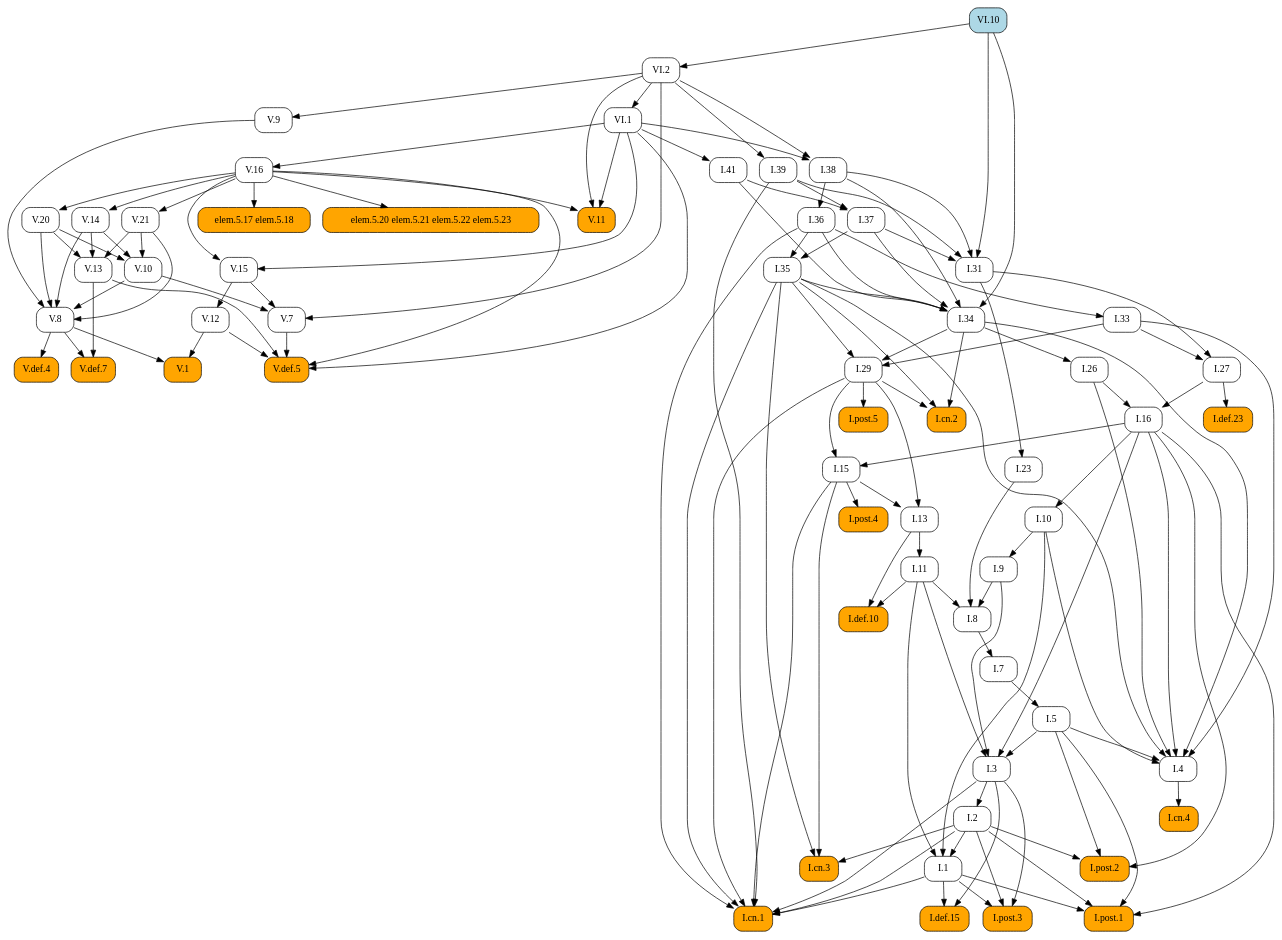
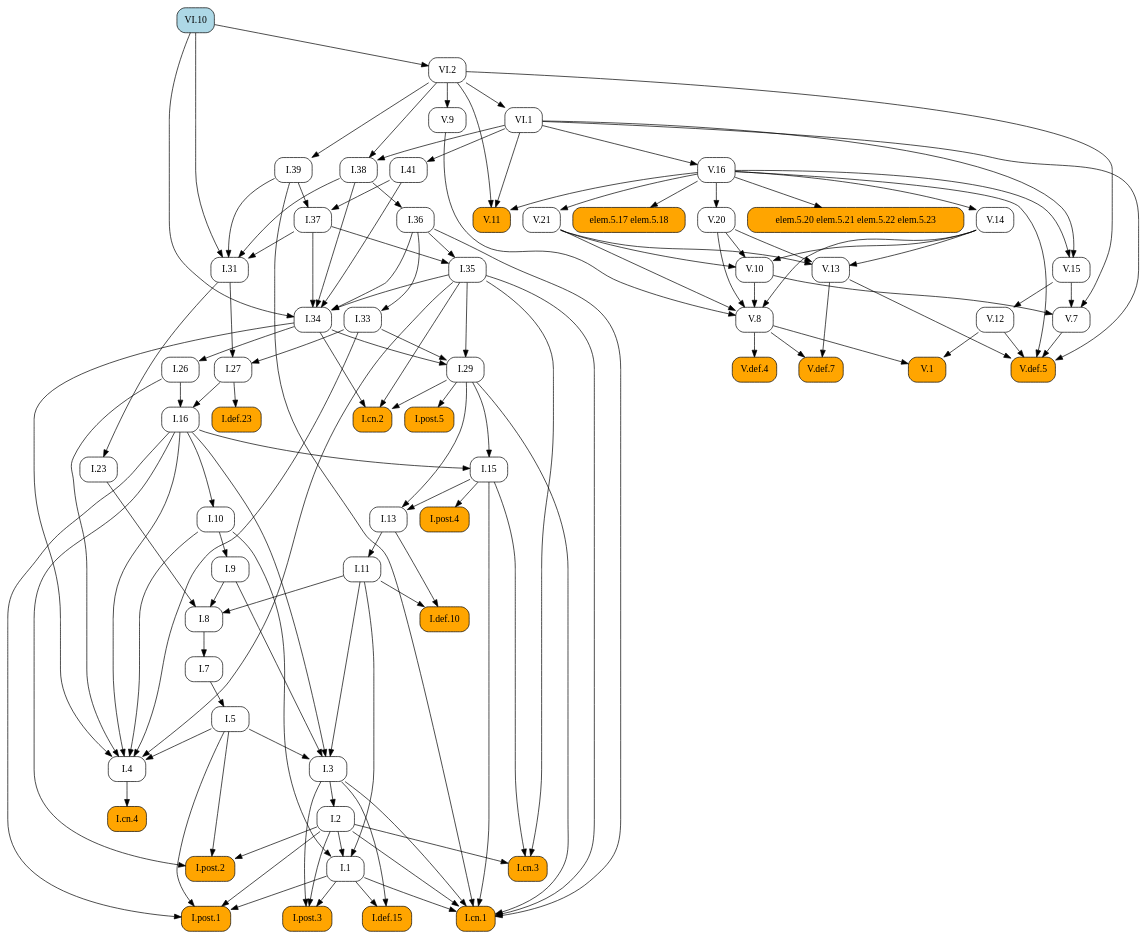
The diagram in docsrc/elements2/VI/10/index.rst (geometor/elements), drawn with Graphviz before and after one commit. The commit also changed other lines of this file and 171 other files, not shown here.

```diff
--- a/docsrc/elements2/VI/10/index.rst
+++ b/docsrc/elements2/VI/10/index.rst
@@ -46,166 +46,136 @@
    digraph {
      rankdir="TB";
      node [shape=box, style=rounded];
-     "I.37" [URL="/elements2/I/37/", target="_top"];
+     "I.8" [URL="/elements2/I/8/", target="_top"];
+     "V.20" [URL="/elements2/V/20/", target="_top"];
+     "VI.10" [style="rounded,filled", fillcolor=lightblue, URL="/elements2/VI/10/", target="_top"];
+     "I.36" [URL="/elements2/I/36/", target="_top"];
+     "V.def.5" [style="rounded,filled", fillcolor=orange, URL="/elements2/V/def.5/", target="_top"];
+     "V.def.7" [style="rounded,filled", fillcolor=orange, URL="/elements2/V/def.7/", target="_top"];
+     "I.post.1" [style="rounded,filled", fillcolor=orange, URL="/elements2/I/post.1/", target="_top"];
+     "V.def.4" [style="rounded,filled", fillcolor=orange, URL="/elements2/V/def.4/", target="_top"];
+     "I.33" [URL="/elements2/I/33/", target="_top"];
+     "I.5" [URL="/elements2/I/5/", target="_top"];
+     "I.38" [URL="/elements2/I/38/", target="_top"];
+     "I.post.5" [style="rounded,filled", fillcolor=orange, URL="/elements2/I/post.5/", target="_top"];
+     "VI.1" [URL="/elements2/VI/1/", target="_top"];
+     "V.11" [style="rounded,filled", fillcolor=orange, URL="/elements2/V/11/", target="_top"];
+     "I.def.10" [style="rounded,filled", fillcolor=orange, URL="/elements2/I/def.10/", target="_top"];
      "elem.5.17 elem.5.18" [style="rounded,filled", fillcolor=orange];
+     "V.13" [URL="/elements2/V/13/", target="_top"];
+     "I.cn.2" [style="rounded,filled", fillcolor=orange, URL="/elements2/I/cn.2/", target="_top"];
+     "V.9" [URL="/elements2/V/9/", target="_top"];
+     "V.16" [URL="/elements2/V/16/", target="_top"];
+     "I.def.15" [style="rounded,filled", fillcolor=orange, URL="/elements2/I/def.15/", target="_top"];
+     "I.31" [URL="/elements2/I/31/", target="_top"];
+     "V.15" [URL="/elements2/V/15/", target="_top"];
+     "I.11" [URL="/elements2/I/11/", target="_top"];
+     "I.3" [URL="/elements2/I/3/", target="_top"];
+     "I.def.23" [style="rounded,filled", fillcolor=orange, URL="/elements2/I/def.23/", target="_top"];
+     "I.post.2" [style="rounded,filled", fillcolor=orange, URL="/elements2/I/post.2/", target="_top"];
+     "I.26" [URL="/elements2/I/26/", target="_top"];
+     "V.14" [URL="/elements2/V/14/", target="_top"];
+     "V.10" [URL="/elements2/V/10/", target="_top"];
+     "I.cn.3" [style="rounded,filled", fillcolor=orange, URL="/elements2/I/cn.3/", target="_top"];
+     "I.cn.4" [style="rounded,filled", fillcolor=orange, URL="/elements2/I/cn.4/", target="_top"];
+     "I.1" [URL="/elements2/I/1/", target="_top"];
+     "I.7" [URL="/elements2/I/7/", target="_top"];
+     "I.9" [URL="/elements2/I/9/", target="_top"];
      "V.7" [URL="/elements2/V/7/", target="_top"];
-     "I.def.10" [style="rounded,filled", fillcolor=orange, URL="/elements2/I/def.10/", target="_top"];
-     "VI.10" [style="rounded,filled", fillcolor=lightblue, URL="/elements2/VI/10/", target="_top"];
-     "I.34" [URL="/elements2/I/34/", target="_top"];
-     "I.cn.4" [style="rounded,filled", fillcolor=orange, URL="/elements2/I/cn.4/", target="_top"];
-     "V.def.5" [style="rounded,filled", fillcolor=orange, URL="/elements2/V/def.5/", target="_top"];
-     "I.def.15" [style="rounded,filled", fillcolor=orange, URL="/elements2/I/def.15/", target="_top"];
-     "I.post.3" [style="rounded,filled", fillcolor=orange, URL="/elements2/I/post.3/", target="_top"];
-     "V.def.7" [style="rounded,filled", fillcolor=orange, URL="/elements2/V/def.7/", target="_top"];
+     "I.cn.1" [style="rounded,filled", fillcolor=orange, URL="/elements2/I/cn.1/", target="_top"];
+     "I.29" [URL="/elements2/I/29/", target="_top"];
+     "I.16" [URL="/elements2/I/16/", target="_top"];
+     "I.post.4" [style="rounded,filled", fillcolor=orange, URL="/elements2/I/post.4/", target="_top"];
+     "I.13" [URL="/elements2/I/13/", target="_top"];
+     "V.1" [style="rounded,filled", fillcolor=orange, URL="/elements2/V/1/", target="_top"];
+     "V.12" [URL="/elements2/V/12/", target="_top"];
      "I.41" [URL="/elements2/I/41/", target="_top"];
-     "I.36" [URL="/elements2/I/36/", target="_top"];
-     "I.27" [URL="/elements2/I/27/", target="_top"];
-     "V.10" [URL="/elements2/V/10/", target="_top"];
-     "I.post.2" [style="rounded,filled", fillcolor=orange, URL="/elements2/I/post.2/", target="_top"];
-     "I.13" [URL="/elements2/I/13/", target="_top"];
-     "I.10" [URL="/elements2/I/10/", target="_top"];
-     "I.post.1" [style="rounded,filled", fillcolor=orange, URL="/elements2/I/post.1/", target="_top"];
-     "I.7" [URL="/elements2/I/7/", target="_top"];
-     "V.15" [URL="/elements2/V/15/", target="_top"];
-     "V.14" [URL="/elements2/V/14/", target="_top"];
-     "I.11" [URL="/elements2/I/11/", target="_top"];
-     "I.4" [URL="/elements2/I/4/", target="_top"];
-     "V.13" [URL="/elements2/V/13/", target="_top"];
-     "V.16" [URL="/elements2/V/16/", target="_top"];
-     "V.1" [style="rounded,filled", fillcolor=orange, URL="/elements2/V/1/", target="_top"];
-     "I.16" [URL="/elements2/I/16/", target="_top"];
-     "I.def.23" [style="rounded,filled", fillcolor=orange, URL="/elements2/I/def.23/", target="_top"];
+     "I.35" [URL="/elements2/I/35/", target="_top"];
      "V.21" [URL="/elements2/V/21/", target="_top"];
      "elem.5.20 elem.5.21 elem.5.22 elem.5.23" [style="rounded,filled", fillcolor=orange];
-     "I.9" [URL="/elements2/I/9/", target="_top"];
-     "I.38" [URL="/elements2/I/38/", target="_top"];
-     "I.cn.2" [style="rounded,filled", fillcolor=orange, URL="/elements2/I/cn.2/", target="_top"];
+     "I.27" [URL="/elements2/I/27/", target="_top"];
+     "I.37" [URL="/elements2/I/37/", target="_top"];
+     "I.2" [URL="/elements2/I/2/", target="_top"];
+     "I.4" [URL="/elements2/I/4/", target="_top"];
+     "V.8" [URL="/elements2/V/8/", target="_top"];
+     "VI.2" [URL="/elements2/VI/2/", target="_top"];
+     "I.39" [URL="/elements2/I/39/", target="_top"];
+     "I.10" [URL="/elements2/I/10/", target="_top"];
+     "I.15" [URL="/elements2/I/15/", target="_top"];
+     "I.34" [URL="/elements2/I/34/", target="_top"];
      "I.23" [URL="/elements2/I/23/", target="_top"];
-     "I.26" [URL="/elements2/I/26/", target="_top"];
-     "I.8" [URL="/elements2/I/8/", target="_top"];
-     "VI.2" [URL="/elements2/VI/2/", target="_top"];
-     "I.15" [URL="/elements2/I/15/", target="_top"];
-     "I.post.5" [style="rounded,filled", fillcolor=orange, URL="/elements2/I/post.5/", target="_top"];
-     "I.2" [URL="/elements2/I/2/", target="_top"];
-     "VI.1" [URL="/elements2/VI/1/", target="_top"];
-     "I.1" [URL="/elements2/I/1/", target="_top"];
-     "I.35" [URL="/elements2/I/35/", target="_top"];
-     "V.def.4" [style="rounded,filled", fillcolor=orange, URL="/elements2/V/def.4/", target="_top"];
-     "V.11" [style="rounded,filled", fillcolor=orange, URL="/elements2/V/11/", target="_top"];
-     "V.12" [URL="/elements2/V/12/", target="_top"];
-     "I.33" [URL="/elements2/I/33/", target="_top"];
-     "I.31" [URL="/elements2/I/31/", target="_top"];
-     "I.post.4" [style="rounded,filled", fillcolor=orange, URL="/elements2/I/post.4/", target="_top"];
-     "I.39" [URL="/elements2/I/39/", target="_top"];
-     "I.cn.1" [style="rounded,filled", fillcolor=orange, URL="/elements2/I/cn.1/", target="_top"];
-     "I.3" [URL="/elements2/I/3/", target="_top"];
-     "I.cn.3" [style="rounded,filled", fillcolor=orange, URL="/elements2/I/cn.3/", target="_top"];
-     "V.9" [URL="/elements2/V/9/", target="_top"];
-     "I.29" [URL="/elements2/I/29/", target="_top"];
-     "I.5" [URL="/elements2/I/5/", target="_top"];
-     "V.8" [URL="/elements2/V/8/", target="_top"];
-     "V.20" [URL="/elements2/V/20/", target="_top"];
-     "I.39" -> "I.37";
-     "I.41" -> "I.37";
-     "V.16" -> "elem.5.17 elem.5.18";
-     "V.10" -> "V.7";
-     "V.15" -> "V.7";
-     "VI.2" -> "V.7";
-     "I.11" -> "I.def.10";
-     "I.13" -> "I.def.10";
-     "I.35" -> "I.34";
-     "I.36" -> "I.34";
-     "I.37" -> "I.34";
-     "I.38" -> "I.34";
-     "I.41" -> "I.34";
-     "VI.10" -> "I.34";
-     "I.4" -> "I.cn.4";
+     "I.post.3" [style="rounded,filled", fillcolor=orange, URL="/elements2/I/post.3/", target="_top"];
+     "I.9" -> "I.8";
+     "I.11" -> "I.8";
+     "I.23" -> "I.8";
+     "V.16" -> "V.20";
+     "I.38" -> "I.36";
      "V.7" -> "V.def.5";
      "V.12" -> "V.def.5";
      "V.13" -> "V.def.5";
      "V.16" -> "V.def.5";
      "VI.1" -> "V.def.5";
-     "I.1" -> "I.def.15";
-     "I.3" -> "I.def.15";
-     "I.1" -> "I.post.3";
-     "I.2" -> "I.post.3";
-     "I.3" -> "I.post.3";
      "V.8" -> "V.def.7";
      "V.13" -> "V.def.7";
-     "VI.1" -> "I.41";
-     "I.38" -> "I.36";
-     "I.31" -> "I.27";
-     "I.33" -> "I.27";
-     "V.14" -> "V.10";
-     "V.20" -> "V.10";
-     "V.21" -> "V.10";
-     "I.2" -> "I.post.2";
-     "I.5" -> "I.post.2";
-     "I.16" -> "I.post.2";
-     "I.15" -> "I.13";
-     "I.29" -> "I.13";
-     "I.16" -> "I.10";
      "I.1" -> "I.post.1";
      "I.2" -> "I.post.1";
      "I.5" -> "I.post.1";
      "I.16" -> "I.post.1";
-     "I.8" -> "I.7";
-     "V.16" -> "V.15";
-     "VI.1" -> "V.15";
-     "V.16" -> "V.14";
-     "I.13" -> "I.11";
-     "I.5" -> "I.4";
-     "I.10" -> "I.4";
-     "I.16" -> "I.4";
-     "I.26" -> "I.4";
-     "I.33" -> "I.4";
-     "I.34" -> "I.4";
-     "I.35" -> "I.4";
+     "V.8" -> "V.def.4";
+     "I.36" -> "I.33";
+     "I.7" -> "I.5";
+     "VI.1" -> "I.38";
+     "VI.2" -> "I.38";
+     "I.29" -> "I.post.5";
+     "VI.2" -> "VI.1";
+     "V.16" -> "V.11";
+     "VI.1" -> "V.11";
+     "VI.2" -> "V.11";
+     "I.11" -> "I.def.10";
+     "I.13" -> "I.def.10";
+     "V.16" -> "elem.5.17 elem.5.18";
      "V.14" -> "V.13";
      "V.20" -> "V.13";
      "V.21" -> "V.13";
-     "VI.1" -> "V.16";
-     "V.8" -> "V.1";
-     "V.12" -> "V.1";
-     "I.26" -> "I.16";
-     "I.27" -> "I.16";
-     "I.27" -> "I.def.23";
-     "V.16" -> "V.21";
-     "V.16" -> "elem.5.20 elem.5.21 elem.5.22 elem.5.23";
-     "I.10" -> "I.9";
-     "VI.1" -> "I.38";
-     "VI.2" -> "I.38";
      "I.29" -> "I.cn.2";
      "I.34" -> "I.cn.2";
      "I.35" -> "I.cn.2";
-     "I.31" -> "I.23";
-     "I.34" -> "I.26";
-     "I.9" -> "I.8";
-     "I.11" -> "I.8";
-     "I.23" -> "I.8";
-     "VI.10" -> "VI.2";
-     "I.16" -> "I.15";
-     "I.29" -> "I.15";
-     "I.29" -> "I.post.5";
-     "I.3" -> "I.2";
-     "VI.2" -> "VI.1";
-     "I.2" -> "I.1";
-     "I.10" -> "I.1";
-     "I.11" -> "I.1";
-     "I.36" -> "I.35";
-     "I.37" -> "I.35";
-     "V.8" -> "V.def.4";
-     "V.16" -> "V.11";
-     "VI.1" -> "V.11";
-     "VI.2" -> "V.11";
-     "V.15" -> "V.12";
-     "I.36" -> "I.33";
+     "VI.2" -> "V.9";
+     "VI.1" -> "V.16";
+     "I.1" -> "I.def.15";
+     "I.3" -> "I.def.15";
      "I.37" -> "I.31";
      "I.38" -> "I.31";
      "I.39" -> "I.31";
      "VI.10" -> "I.31";
-     "I.15" -> "I.post.4";
-     "VI.2" -> "I.39";
+     "V.16" -> "V.15";
+     "VI.1" -> "V.15";
+     "I.13" -> "I.11";
+     "I.5" -> "I.3";
+     "I.9" -> "I.3";
+     "I.11" -> "I.3";
+     "I.16" -> "I.3";
+     "I.27" -> "I.def.23";
+     "I.2" -> "I.post.2";
+     "I.5" -> "I.post.2";
+     "I.16" -> "I.post.2";
+     "I.34" -> "I.26";
+     "V.16" -> "V.14";
+     "V.14" -> "V.10";
+     "V.20" -> "V.10";
+     "V.21" -> "V.10";
+     "I.2" -> "I.cn.3";
+     "I.15" -> "I.cn.3";
+     "I.35" -> "I.cn.3";
+     "I.4" -> "I.cn.4";
+     "I.2" -> "I.1";
+     "I.10" -> "I.1";
+     "I.11" -> "I.1";
+     "I.8" -> "I.7";
+     "I.10" -> "I.9";
+     "V.10" -> "V.7";
+     "V.15" -> "V.7";
+     "VI.2" -> "V.7";
      "I.1" -> "I.cn.1";
      "I.2" -> "I.cn.1";
      "I.3" -> "I.cn.1";
@@ -214,22 +184,52 @@
      "I.35" -> "I.cn.1";
      "I.36" -> "I.cn.1";
      "I.39" -> "I.cn.1";
-     "I.5" -> "I.3";
-     "I.9" -> "I.3";
-     "I.11" -> "I.3";
-     "I.16" -> "I.3";
-     "I.2" -> "I.cn.3";
-     "I.15" -> "I.cn.3";
-     "I.35" -> "I.cn.3";
-     "VI.2" -> "V.9";
      "I.33" -> "I.29";
      "I.34" -> "I.29";
      "I.35" -> "I.29";
-     "I.7" -> "I.5";
+     "I.26" -> "I.16";
+     "I.27" -> "I.16";
+     "I.15" -> "I.post.4";
+     "I.15" -> "I.13";
+     "I.29" -> "I.13";
+     "V.8" -> "V.1";
+     "V.12" -> "V.1";
+     "V.15" -> "V.12";
+     "VI.1" -> "I.41";
+     "I.36" -> "I.35";
+     "I.37" -> "I.35";
+     "V.16" -> "V.21";
+     "V.16" -> "elem.5.20 elem.5.21 elem.5.22 elem.5.23";
+     "I.31" -> "I.27";
+     "I.33" -> "I.27";
+     "I.39" -> "I.37";
+     "I.41" -> "I.37";
+     "I.3" -> "I.2";
+     "I.5" -> "I.4";
+     "I.10" -> "I.4";
+     "I.16" -> "I.4";
+     "I.26" -> "I.4";
+     "I.33" -> "I.4";
+     "I.34" -> "I.4";
+     "I.35" -> "I.4";
      "V.9" -> "V.8";
      "V.10" -> "V.8";
      "V.14" -> "V.8";
      "V.20" -> "V.8";
      "V.21" -> "V.8";
-     "V.16" -> "V.20";
+     "VI.10" -> "VI.2";
+     "VI.2" -> "I.39";
+     "I.16" -> "I.10";
+     "I.16" -> "I.15";
+     "I.29" -> "I.15";
+     "I.35" -> "I.34";
+     "I.36" -> "I.34";
+     "I.37" -> "I.34";
+     "I.38" -> "I.34";
+     "I.41" -> "I.34";
+     "VI.10" -> "I.34";
+     "I.31" -> "I.23";
+     "I.1" -> "I.post.3";
+     "I.2" -> "I.post.3";
+     "I.3" -> "I.post.3";
    }
```
